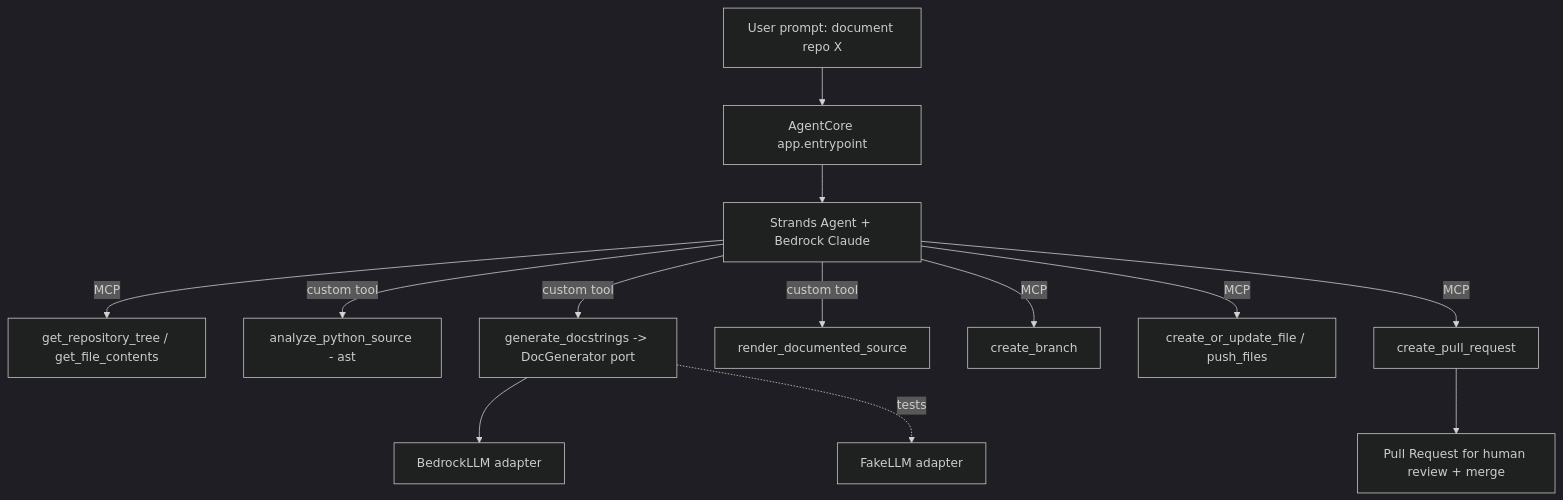
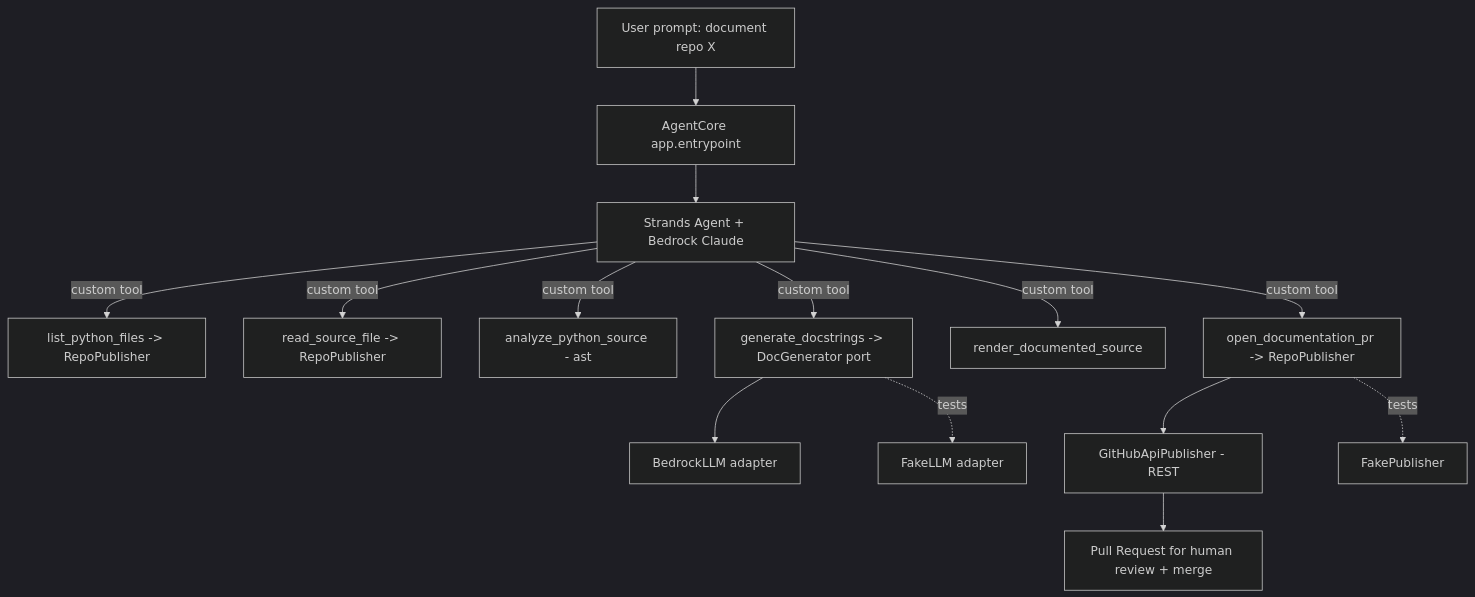
Before and after one commit to labatelier/op-ia-hkt26-doc: the diagram in .kiro/specs/documentation-agent/design.md, drawn with Mermaid (dark theme). The commit also changed other lines of this file and 2 other files, not shown here.

First line of the commit message:
docs: switch Documentation Agent spec to GitHub REST API (drop MCP)

````diff
--- a/.kiro/specs/documentation-agent/design.md
+++ b/.kiro/specs/documentation-agent/design.md
@@ -41,15 +39,16 @@
 ```mermaid
 flowchart TD
     U[User prompt: document repo X] --> APP[AgentCore app.entrypoint]
     APP --> AG[Strands Agent + Bedrock Claude]
-    AG -->|MCP| GH1[get_repository_tree / get_file_contents]
+    AG -->|custom tool| LS[list_python_files -> RepoPublisher]
+    AG -->|custom tool| RF[read_source_file -> RepoPublisher]
     AG -->|custom tool| AN[analyze_python_source - ast]
     AG -->|custom tool| GEN[generate_docstrings -> DocGenerator port]
     GEN --> BR[BedrockLLM adapter]
     GEN -.tests.-> FK[FakeLLM adapter]
     AG -->|custom tool| REN[render_documented_source]
-    AG -->|MCP| GH2[create_branch]
-    AG -->|MCP| GH3[create_or_update_file / push_files]
-    AG -->|MCP| GH4[create_pull_request]
-    GH4 --> PR[Pull Request for human review + merge]
+    AG -->|custom tool| PUB[open_documentation_pr -> RepoPublisher]
+    PUB --> GH[GitHubApiPublisher - REST]
+    PUB -.tests.-> FP[FakePublisher]
+    GH --> PR[Pull Request for human review + merge]
 ```
````
